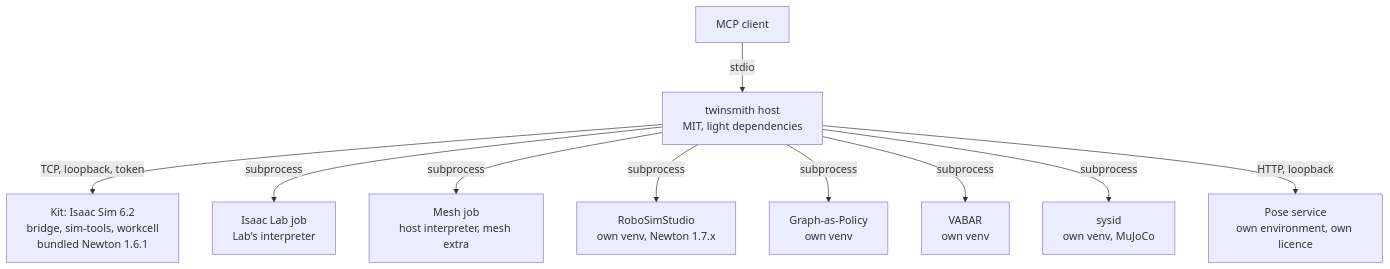
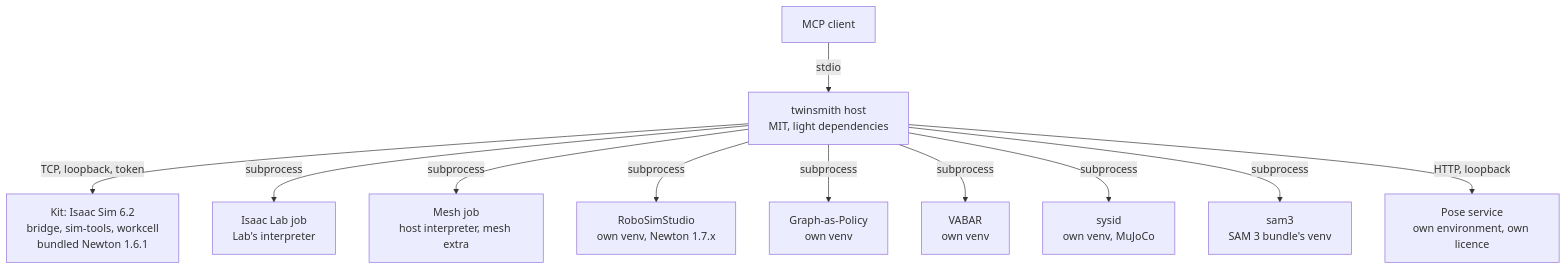
One commit to kalebcoleman/twinsmith changed the diagram in docs/ARCHITECTURE.md. Above: the diagram before and after it, drawn with Mermaid. The commit also changed other lines of this file and 31 other files, not shown here.

````diff
--- a/docs/ARCHITECTURE.md
+++ b/docs/ARCHITECTURE.md
@@ -342,12 +345,13 @@
 ```mermaid
 flowchart TB
     client[MCP client] -- stdio --> host[twinsmith host<br/>MIT, light dependencies]
     host -- "TCP, loopback, token" --> kit[Kit: Isaac Sim 6.2<br/>bridge, sim-tools, workcell<br/>bundled Newton 1.6.1]
     host -- subprocess --> lab[Isaac Lab job<br/>Lab's interpreter]
     host -- subprocess --> mesh[Mesh job<br/>host interpreter, mesh extra]
     host -- subprocess --> rss[RoboSimStudio<br/>own venv, Newton 1.7.x]
     host -- subprocess --> gap[Graph-as-Policy<br/>own venv]
     host -- subprocess --> vabar[VABAR<br/>own venv]
     host -- subprocess --> sysid[sysid<br/>own venv, MuJoCo]
+    host -- subprocess --> sam3[sam3<br/>SAM 3 bundle's venv]
     host -- "HTTP, loopback" --> pose[Pose service<br/>own environment, own licence]
 ```
````
